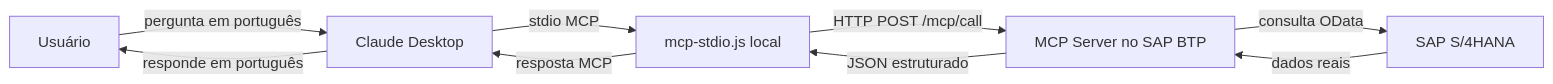
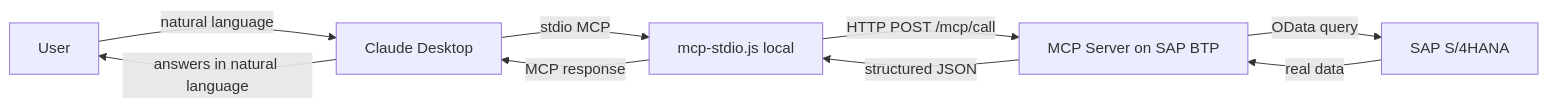
The diagram in readme.md (bernardcaldas/mcp-maintenance-cap), drawn with Mermaid before and after one commit. The commit also changed other lines of this file, not shown here.

Commit message:
docs: translate README to English for SAP Community publication

````diff
--- a/readme.md
+++ b/readme.md
@@ -99,11 +101,11 @@
 ```mermaid
 flowchart LR
-    A[Usuário] -->|pergunta em português| B[Claude Desktop]
+    A[User] -->|natural language| B[Claude Desktop]
     B -->|stdio MCP| C[mcp-stdio.js local]
-    C -->|HTTP POST /mcp/call| D[MCP Server no SAP BTP]
-    D -->|consulta OData| E[SAP S/4HANA]
-    E -->|dados reais| D
-    D -->|JSON estruturado| C
-    C -->|resposta MCP| B
-    B -->|responde em português| A
+    C -->|HTTP POST /mcp/call| D[MCP Server on SAP BTP]
+    D -->|OData query| E[SAP S/4HANA]
+    E -->|real data| D
+    D -->|structured JSON| C
+    C -->|MCP response| B
+    B -->|answers in natural language| A
 ```
````
